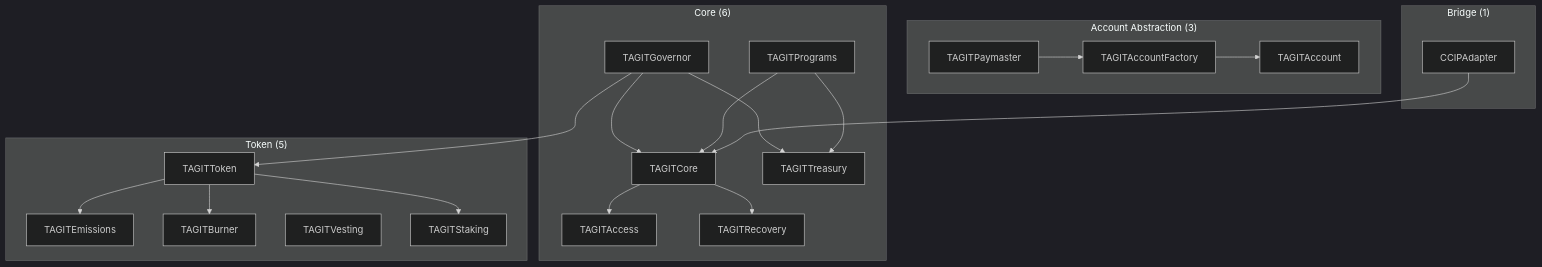
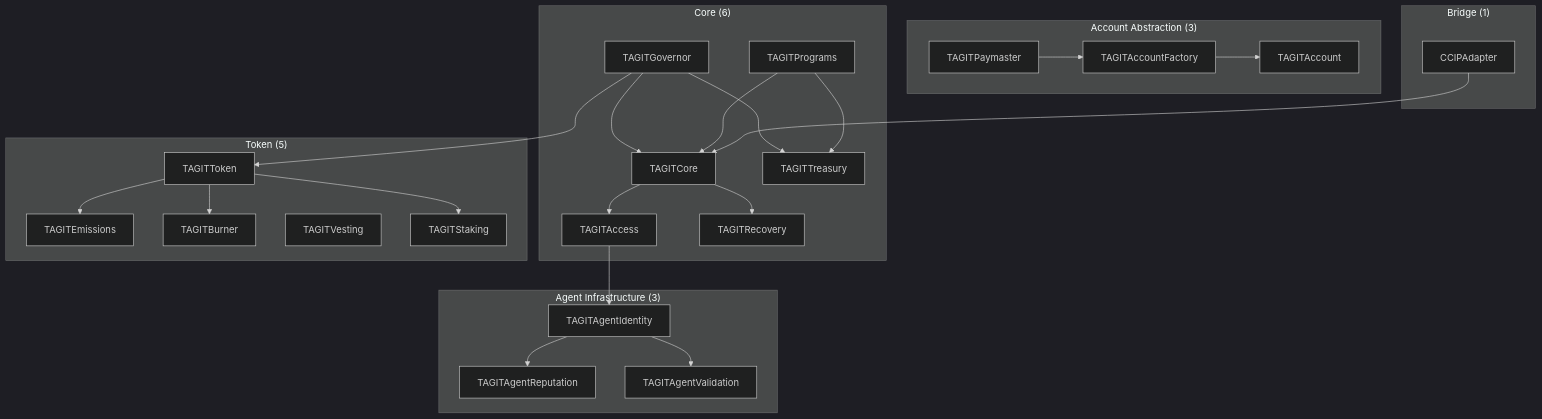
Before and after one commit to TAG-IT-NETWORK/tagit-docs: the first of 2 diagrams in docs/contracts/index.md, drawn with Mermaid (dark theme). The commit also changed other lines of this file and 4 other files, not shown here.

````diff
--- a/docs/contracts/index.md
+++ b/docs/contracts/index.md
@@ -12,38 +12,46 @@
 ```mermaid
 flowchart TB
     subgraph "Core (6)"
         A[TAGITCore]
         B[TAGITAccess]
         C[TAGITRecovery]
         D[TAGITGovernor]
         E[TAGITTreasury]
         F[TAGITPrograms]
     end
 
     subgraph "Token (5)"
         G[TAGITToken]
         H[TAGITEmissions]
         I[TAGITBurner]
         J[TAGITVesting]
         K[TAGITStaking]
     end
 
     subgraph "Account Abstraction (3)"
         L[TAGITPaymaster]
         M[TAGITAccountFactory]
         N[TAGITAccount]
     end
 
+    subgraph "Agent Infrastructure (3)"
+        P[TAGITAgentIdentity]
+        Q[TAGITAgentReputation]
+        R[TAGITAgentValidation]
+    end
+
     subgraph "Bridge (1)"
         O[CCIPAdapter]
     end
 
     A --> B
     A --> C
     D --> A & E
     F --> A & E
     G --> H & I & K
     D --> G
     L --> M --> N
     O --> A
+    B --> P
+    P --> Q & R
 ```
````
